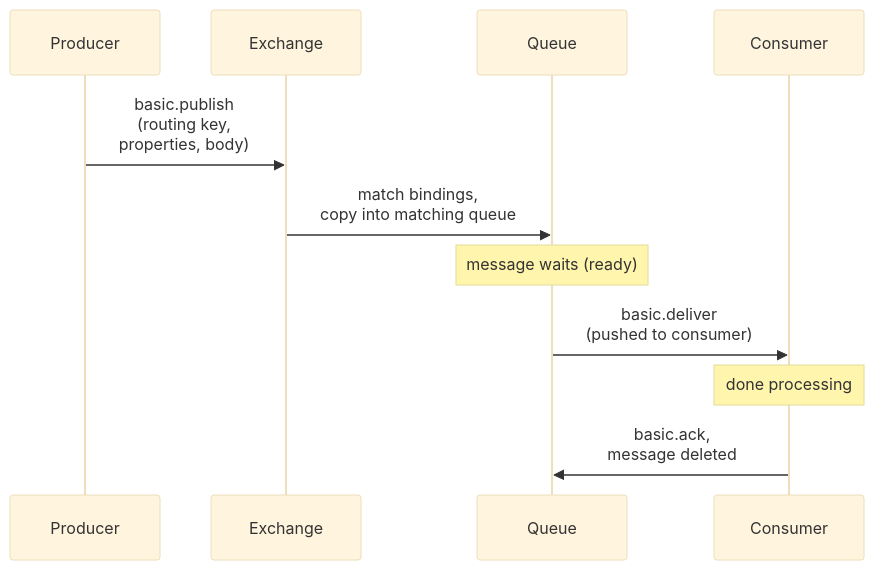
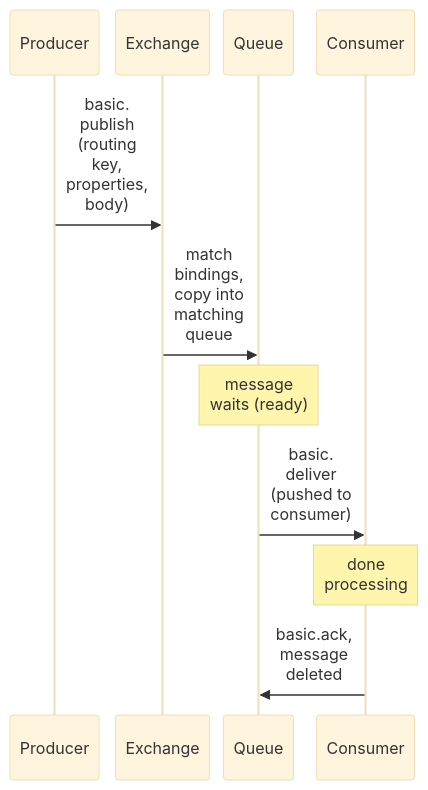
One commit to duongbui234/software-engineering-atlas changed the second of 2 diagrams in content/en/posts/2026-11-21-rabbitmq-amqp-model.md. Above: the diagram before and after it, drawn with Mermaid (base theme). The commit also changed 134 other files, not shown here.

First line of the commit message:
Fit every Mermaid diagram at 390px without sideways scroll (#56)

````diff
--- a/content/en/posts/2026-11-21-rabbitmq-amqp-model.md
+++ b/content/en/posts/2026-11-21-rabbitmq-amqp-model.md
@@ -184,13 +184,14 @@
 ```mermaid
+%%{init: {"sequence": {"width": 60, "actorMargin": 6, "diagramMarginX": 4}}}%%
 sequenceDiagram
     participant P as Producer
     participant X as Exchange
     participant Q as Queue
     participant C as Consumer
-    P->>X: basic.publish<br/>(routing key,<br/>properties, body)
-    X->>Q: match bindings,<br/>copy into matching queue
-    Note over Q: message waits (ready)
-    Q->>C: basic.deliver<br/>(pushed to consumer)
-    Note over C: done processing
-    C->>Q: basic.ack,<br/>message deleted
+    P->>X: basic.<br/>publish<br/>(routing<br/>key,<br/>properties,<br/>body)
+    X->>Q: match<br/>bindings,<br/>copy into<br/>matching<br/>queue
+    Note over Q: message<br/>waits (ready)
+    Q->>C: basic.<br/>deliver<br/>(pushed to<br/>consumer)
+    Note over C: done<br/>processing
+    C->>Q: basic.ack,<br/>message<br/>deleted
 ```
````
